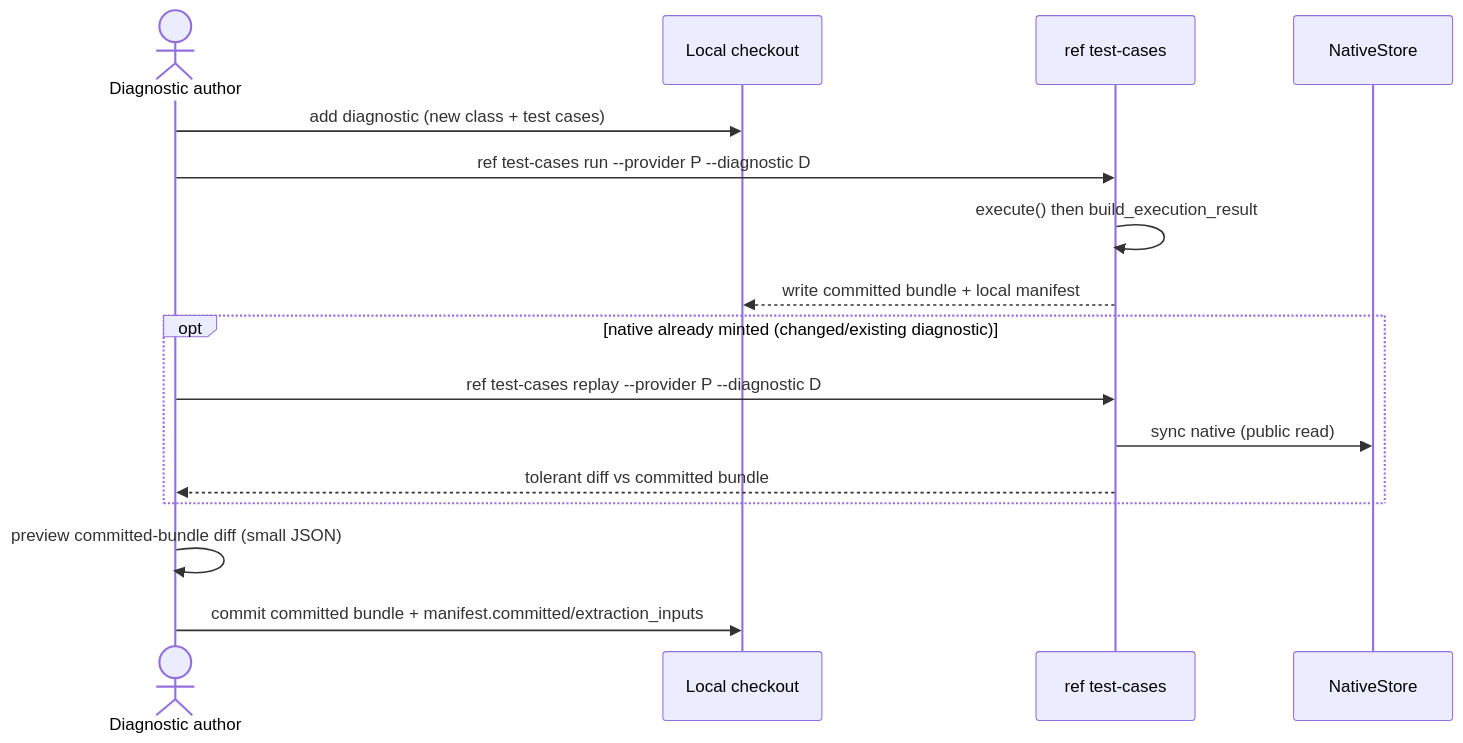
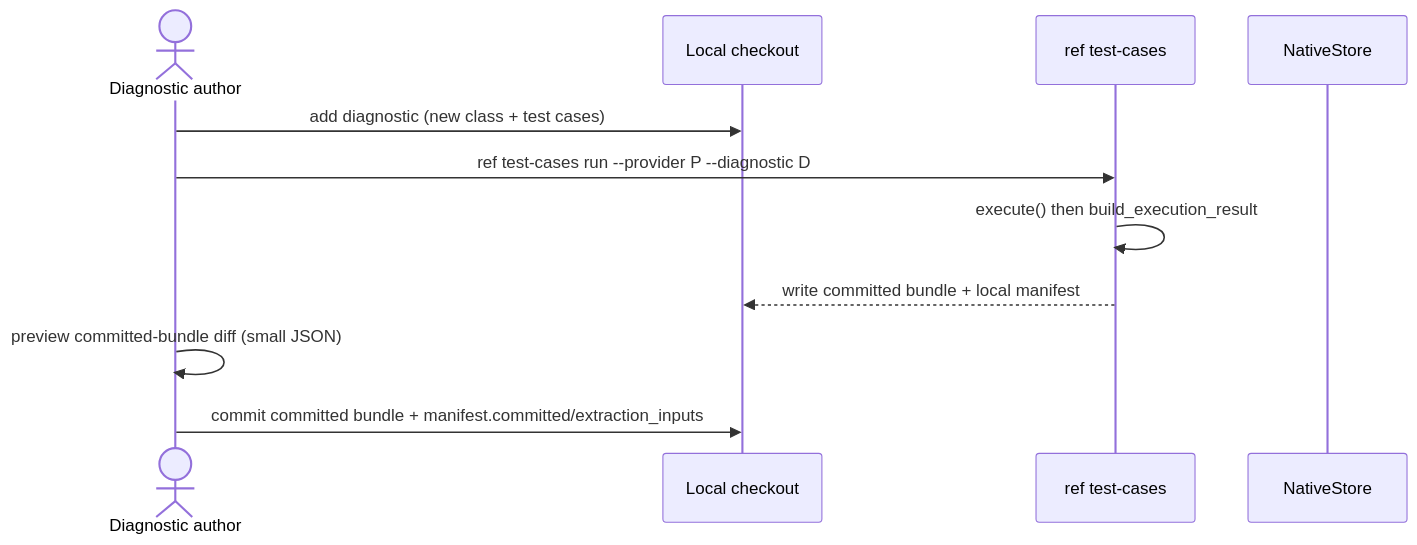
The first of 3 diagrams in text/0005-regression-baselines.md (Climate-REF/rfcs), drawn with Mermaid before and after one commit. The commit also changed other lines of this file, not shown here.

````diff
--- a/text/0005-regression-baselines.md
+++ b/text/0005-regression-baselines.md
@@ -209,21 +203,14 @@
 ```mermaid
 sequenceDiagram
     actor Author as Diagnostic author
     participant Repo as Local checkout
     participant CLI as ref test-cases
     participant Store as NativeStore
 
     Author->>Repo: add diagnostic (new class + test cases)
     Author->>CLI: ref test-cases run --provider P --diagnostic D
     CLI->>CLI: execute() then build_execution_result
     CLI-->>Repo: write committed bundle + local manifest
-
-    opt native already minted (changed/existing diagnostic)
-        Author->>CLI: ref test-cases replay --provider P --diagnostic D
-        CLI->>Store: sync native (public read)
-        CLI-->>Author: tolerant diff vs committed bundle
-    end
-
     Author->>Author: preview committed-bundle diff (small JSON)
     Author->>Repo: commit committed bundle + manifest.committed/extraction_inputs
 ```
````
